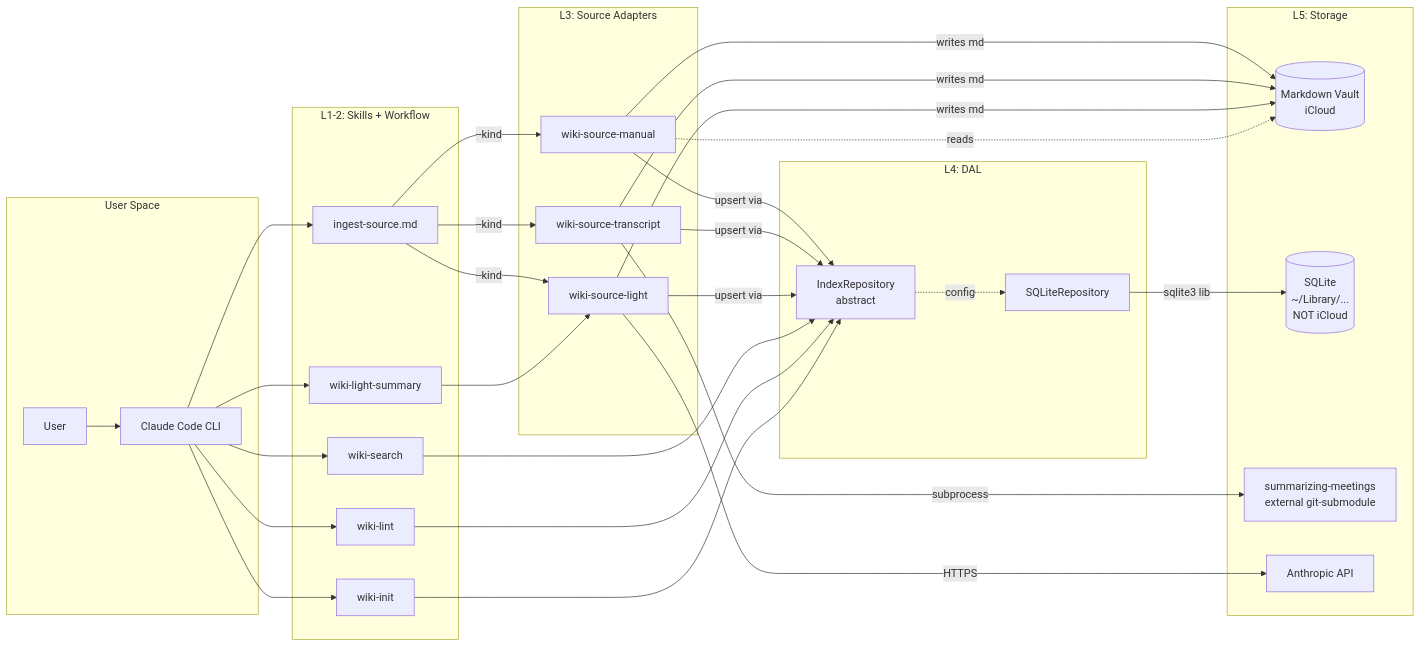
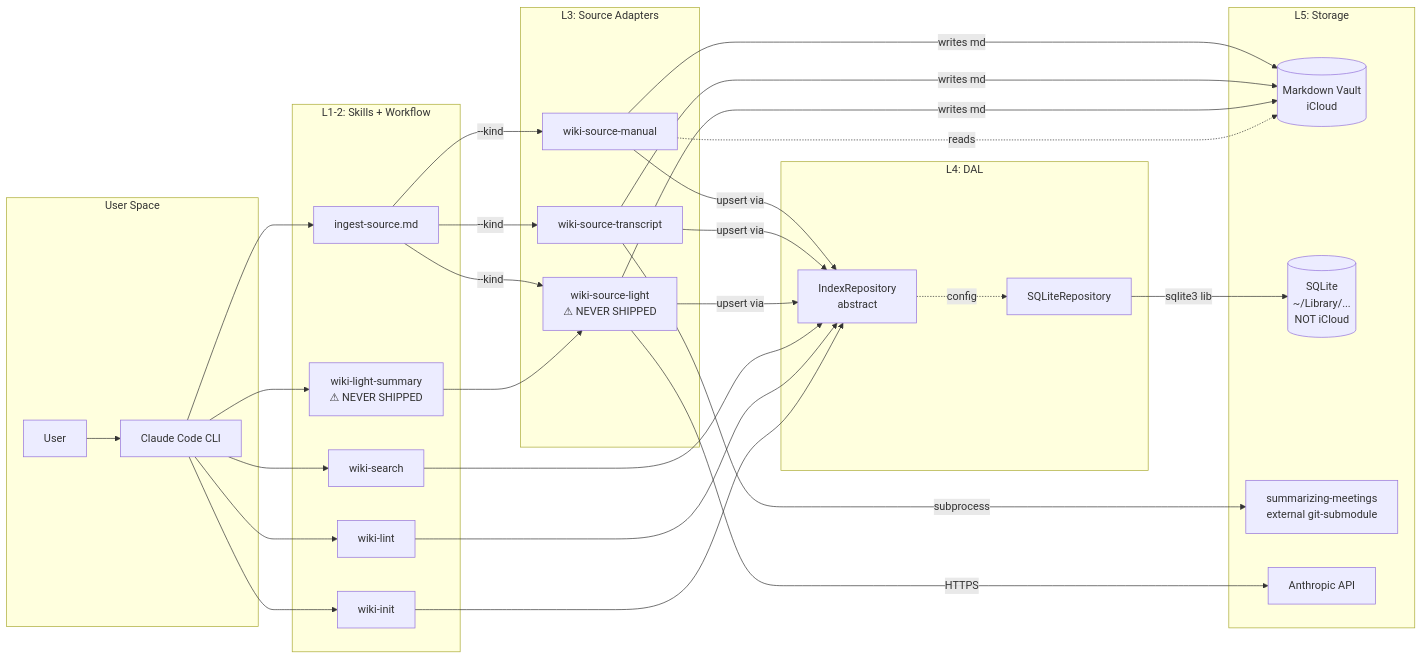
Before and after one commit to MatrixFounder/llm-wiki: the diagram in docs/architectures/system-architecture.md, drawn with Mermaid. The commit also changed other lines of this file and 9 other files, not shown here.

First line of the commit message:
docs(072-00): re-scope R-7 in place, and correct four false architecture claims

````diff
--- a/docs/architectures/system-architecture.md
+++ b/docs/architectures/system-architecture.md
@@ -299,54 +306,54 @@
 ```mermaid
 graph LR
     subgraph "User Space"
         U[User]
         CC[Claude Code CLI]
     end
 
     subgraph "L1-2: Skills + Workflow"
         WI[wiki-init]
         WS[wiki-search]
         WL[wiki-lint]
-        WLS[wiki-light-summary]
+        WLS["wiki-light-summary<br/>⚠ NEVER SHIPPED"]
         WIS[ingest-source.md]
     end
 
     subgraph "L3: Source Adapters"
         SAM[wiki-source-manual]
         SAT[wiki-source-transcript]
-        SLT[wiki-source-light]
+        SLT["wiki-source-light<br/>⚠ NEVER SHIPPED"]
     end
 
     subgraph "L4: DAL"
         IR[IndexRepository<br/>abstract]
         SQR[SQLiteRepository]
     end
 
     subgraph "L5: Storage"
         VAULT[(Markdown Vault<br/>iCloud)]
         DB[(SQLite<br/>~/Library/...<br/>NOT iCloud)]
         SUM[summarizing-meetings<br/>external git-submodule]
         API[Anthropic API]
     end
 
     U --> CC
     CC --> WI & WS & WL & WLS & WIS
     
     WIS -->|--kind| SAM & SAT & SLT
     WLS --> SLT
     
     SAT -->|subprocess| SUM
     SLT -->|HTTPS| API
     
     SAM & SAT & SLT -->|writes md| VAULT
     SAM & SAT & SLT -->|upsert via| IR
     
     WS --> IR
     WL --> IR
     WI --> IR
     
     IR -.config.-> SQR
     SQR -->|sqlite3 lib| DB
     
     SAM -.reads.-> VAULT
 ```
````
